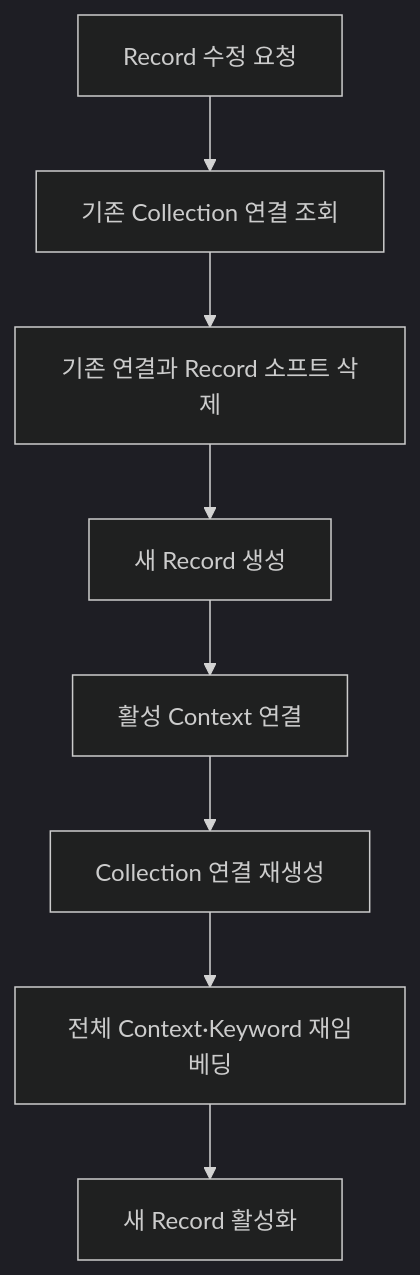
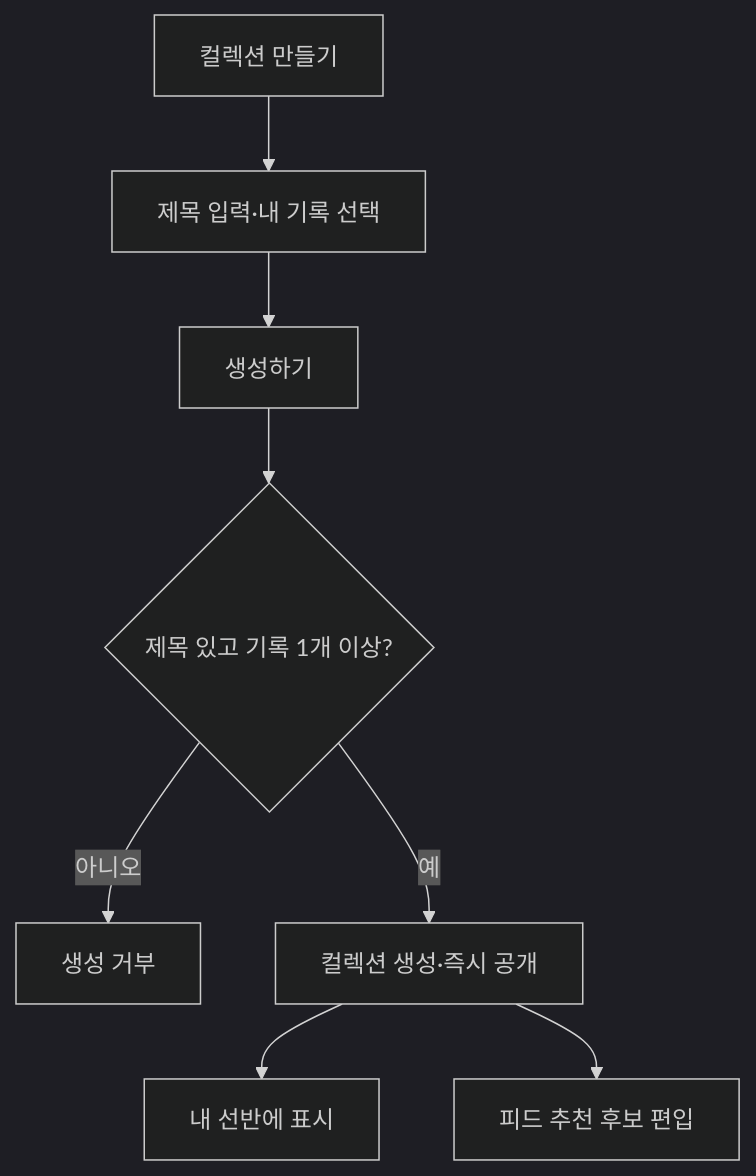
One commit to Team-PinLog/docs changed the fifth of 12 diagrams in draft/09_유저플로우.md. Above: the diagram before and after it, drawn with Mermaid (dark theme). The commit also changed other lines of this file and 2 other files, not shown here.

Commit message:
1차 유저플로우 수정

````diff
--- a/draft/09_유저플로우.md
+++ b/draft/09_유저플로우.md
@@ -48,10 +115,10 @@
 ```mermaid
 flowchart TD
-    A[Record 수정 요청] --> B[기존 Collection 연결 조회]
-    B --> C[기존 연결과 Record 소프트 삭제]
-    C --> D[새 Record 생성]
-    D --> E[활성 Context 연결]
-    E --> F[Collection 연결 재생성]
-    F --> G[전체 Context·Keyword 재임베딩]
-    G --> H[새 Record 활성화]
+    A[컬렉션 만들기] --> B[제목 입력·내 기록 선택]
+    B --> C[생성하기]
+    C --> D{제목 있고 기록 1개 이상?}
+    D -- 아니오 --> E[생성 거부]
+    D -- 예 --> F[컬렉션 생성·즉시 공개]
+    F --> G[내 선반에 표시]
+    F --> H[피드 추천 후보 편입]
 ```
````
